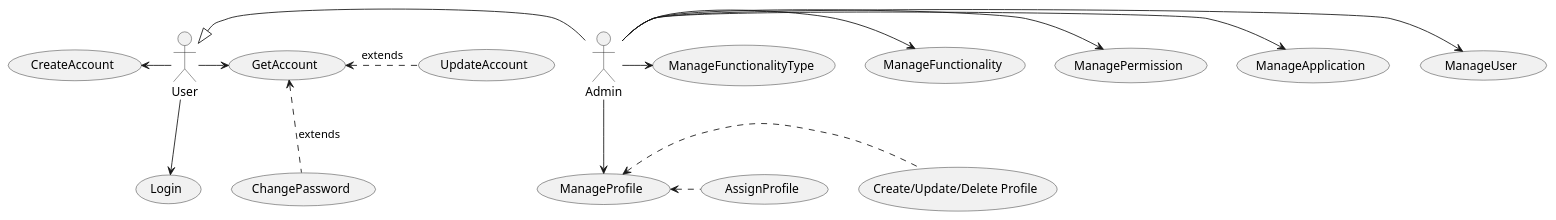
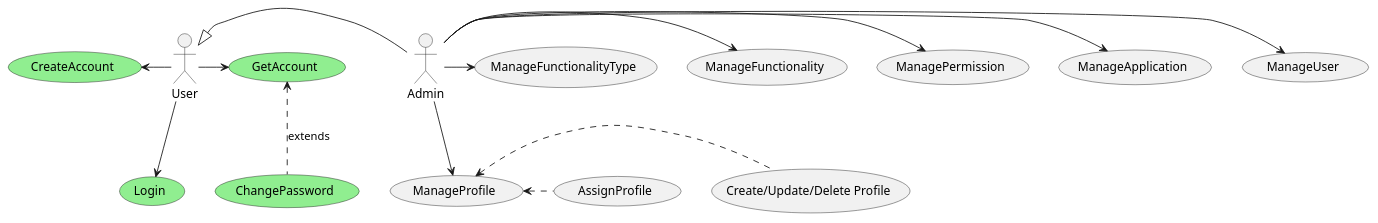
One commit to zehgreven/nutri-be-ddd-ca changed the diagram in documentation/UseCase.iam.puml. Above: the diagram before and after it, drawn with PlantUML. The commit also changed 10 other files, not shown here.

```diff
--- a/documentation/UseCase.iam.puml
+++ b/documentation/UseCase.iam.puml
@@ -1,24 +1,28 @@
 @startuml Use Case
 
 actor User
 actor Admin
 
+usecase CreateAccount #LightGreen
+usecase Login #LightGreen
+usecase GetAccount #LightGreen
+usecase ChangePassword #LightGreen
+
 User <|-r- Admin
 
-User -l-> (CreateAccount)
+User -l-> (CreateAccount) 
 User -r-> (GetAccount)
-(GetAccount) <.r. (UpdateAccount) : extends
 (GetAccount) <.d. (ChangePassword) : extends
 User -d-> (Login)
 
 Admin --> (ManageProfile) 
 (ManageProfile) <.r. (AssignProfile) 
 (ManageProfile) <.r. (Create/Update/Delete Profile) 
 
 Admin -r-> (ManageUser) 
 Admin -r-> (ManageApplication) 
 Admin -r-> (ManagePermission) 
 Admin -r-> (ManageFunctionality) 
 Admin -r-> (ManageFunctionalityType) 
 
 @enduml
```
